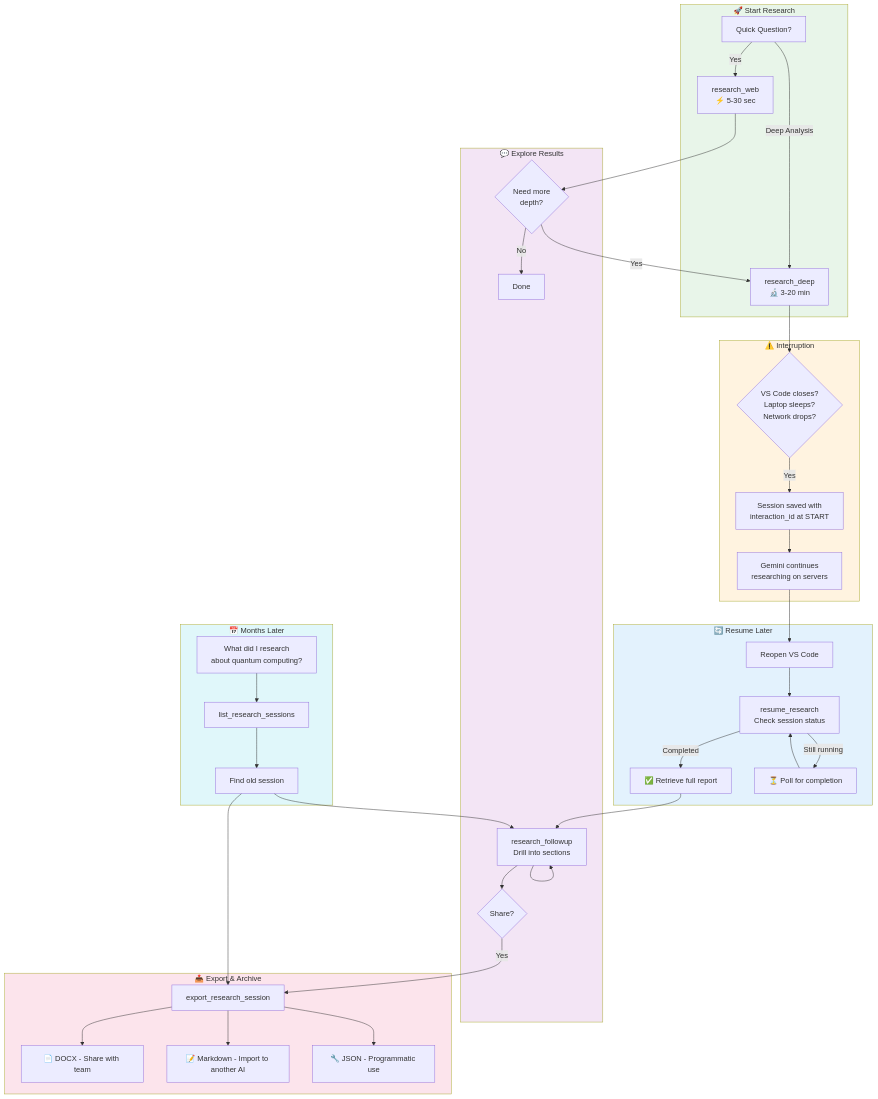
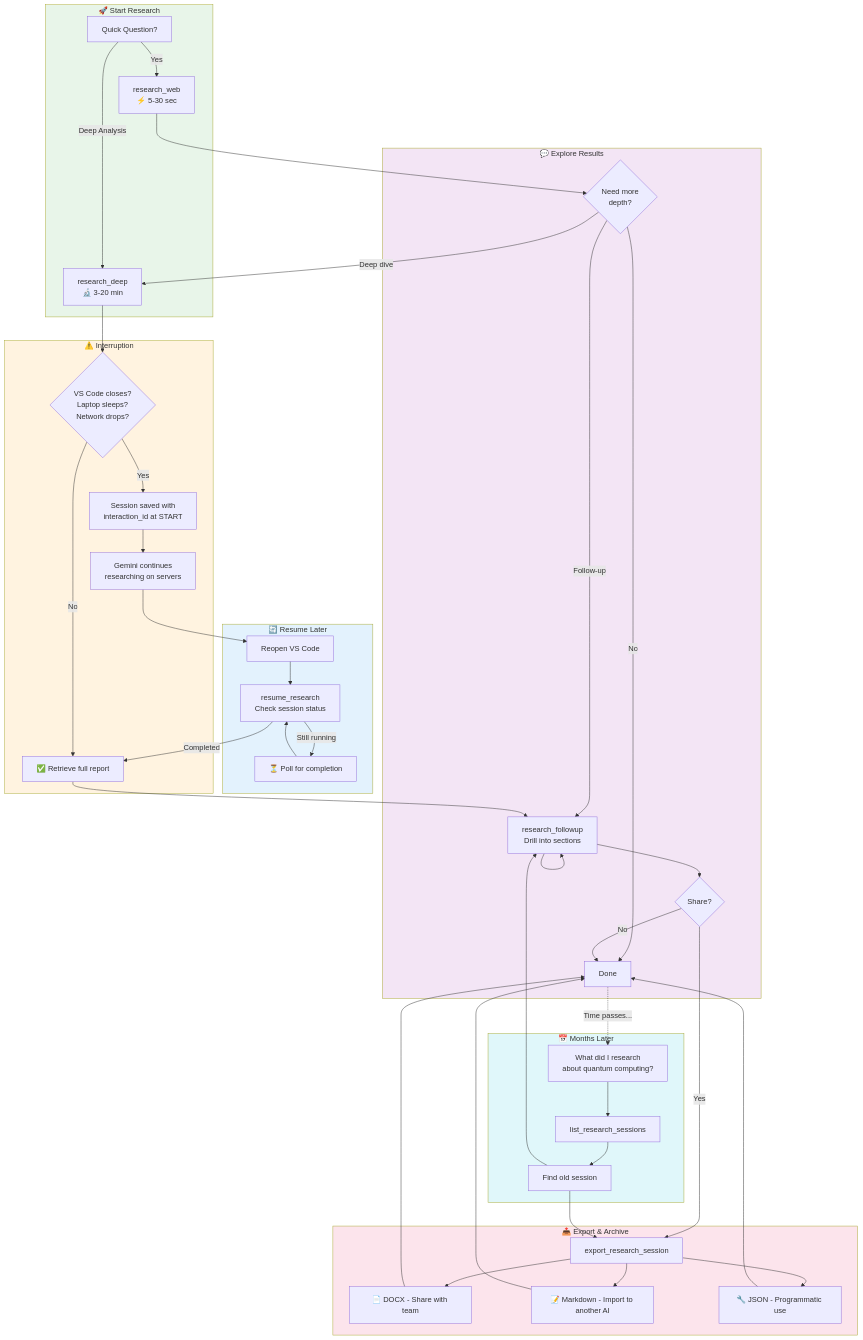
Before and after one commit to machinemates-ai/gemini-research-mcp: the diagram in README.md, drawn with Mermaid.

Commit message:
docs: improve workflow diagram connections

````diff
--- a/README.md
+++ b/README.md
@@ -22,51 +22,56 @@
 ```mermaid
 flowchart TD
     subgraph START ["🚀 Start Research"]
         A[Quick Question?] -->|Yes| B["research_web<br/>⚡ 5-30 sec"]
         A -->|Deep Analysis| C["research_deep<br/>🔬 3-20 min"]
     end
 
     subgraph INTERRUPT ["⚠️ Interruption"]
         C --> D{VS Code closes?<br/>Laptop sleeps?<br/>Network drops?}
         D -->|Yes| E["Session saved with<br/>interaction_id at START"]
+        D -->|No| I
         E --> F["Gemini continues<br/>researching on servers"]
     end
 
     subgraph RESUME ["🔄 Resume Later"]
         F --> G[Reopen VS Code]
         G --> H["resume_research<br/>Check session status"]
         H -->|Completed| I["✅ Retrieve full report"]
         H -->|Still running| J["⏳ Poll for completion"]
         J --> H
     end
 
     subgraph EXPLORE ["💬 Explore Results"]
         B --> K{Need more<br/>depth?}
-        K -->|Yes| C
+        K -->|"Deep dive"| C
+        K -->|"Follow-up"| M
         K -->|No| L[Done]
         I --> M["research_followup<br/>Drill into sections"]
         M --> M
         M --> N{Share?}
+        N -->|No| L
     end
 
     subgraph EXPORT ["📤 Export & Archive"]
         N -->|Yes| O["export_research_session"]
         O --> P["📄 DOCX - Share with team"]
         O --> Q["📝 Markdown - Import to another AI"]
         O --> R["🔧 JSON - Programmatic use"]
+        P & Q & R --> L
     end
 
     subgraph LATER ["📅 Months Later"]
+        L -.->|"Time passes..."| S
         S["What did I research<br/>about quantum computing?"] --> T["list_research_sessions"]
         T --> U["Find old session"]
         U --> M
         U --> O
     end
 
     style START fill:#e8f5e9
     style INTERRUPT fill:#fff3e0
     style RESUME fill:#e3f2fd
     style EXPLORE fill:#f3e5f5
     style EXPORT fill:#fce4ec
     style LATER fill:#e0f7fa
 ```
````
